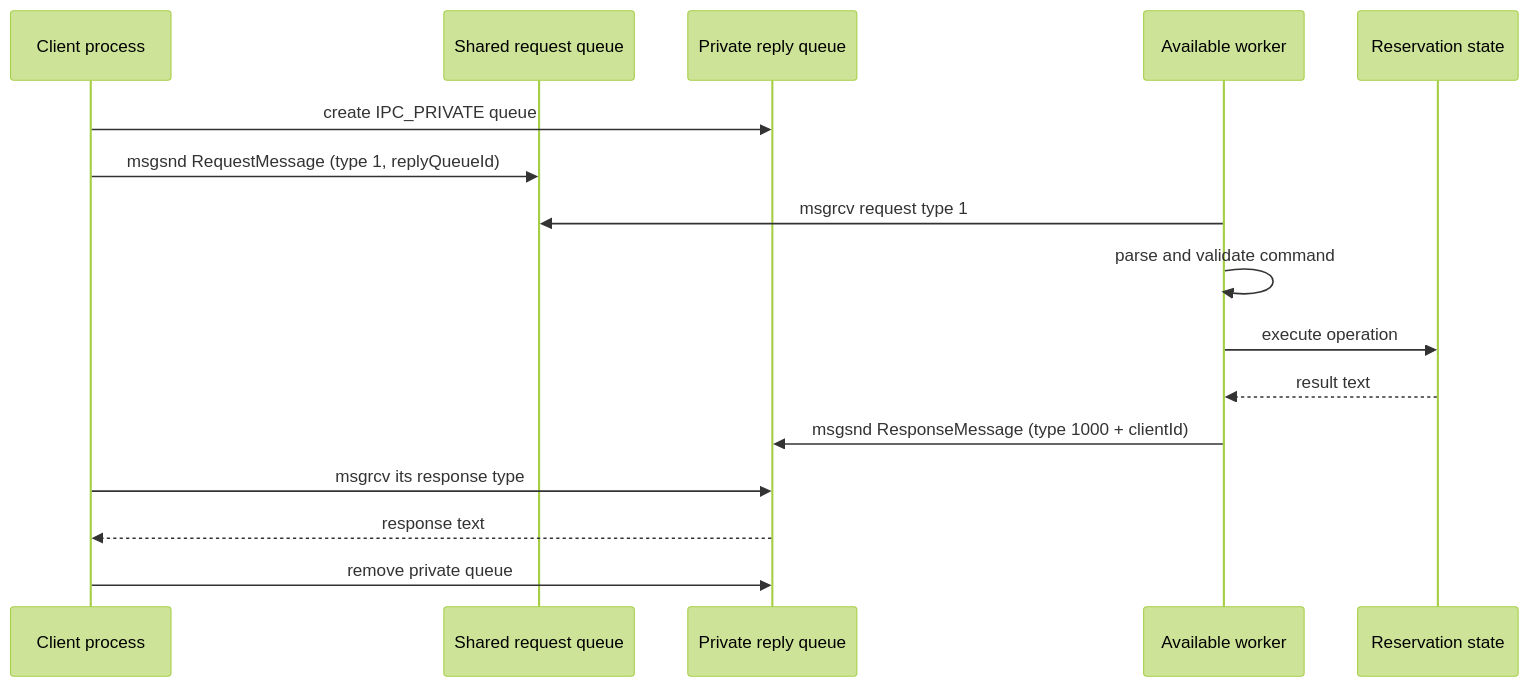
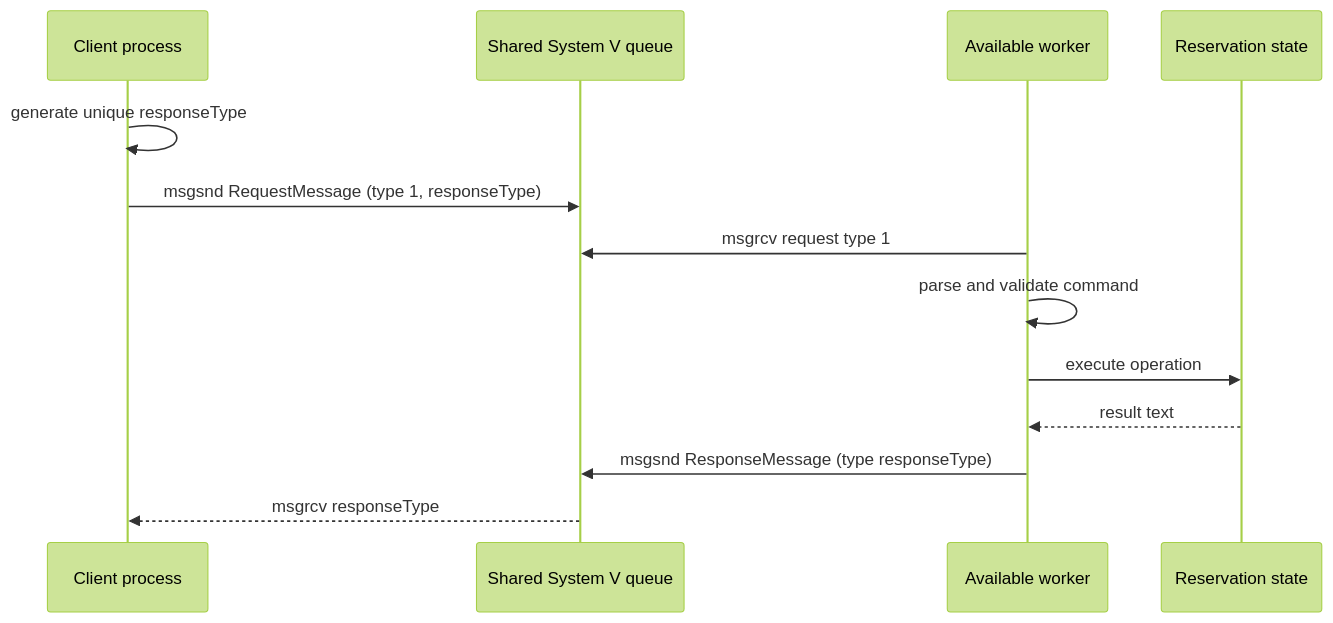
One commit to vixvify/airplane-booking changed the third of 5 diagrams in docs/architecture.md. Above: the diagram before and after it, drawn with Mermaid (forest theme). The commit also changed other lines of this file and 8 other files, not shown here.

Commit message:
Remove reply queue IPC flow

````diff
--- a/docs/architecture.md
+++ b/docs/architecture.md
@@ -84,19 +83,16 @@
 ```mermaid
 sequenceDiagram
     participant Client as Client process
-    participant Queue as Shared request queue
-    participant Reply as Private reply queue
+    participant Queue as Shared System V queue
     participant Worker as Available worker
     participant Domain as Reservation state
 
-    Client->>Reply: create IPC_PRIVATE queue
-    Client->>Queue: msgsnd RequestMessage (type 1, replyQueueId)
+    Client->>Client: generate unique responseType
+    Client->>Queue: msgsnd RequestMessage (type 1, responseType)
     Worker->>Queue: msgrcv request type 1
     Worker->>Worker: parse and validate command
     Worker->>Domain: execute operation
     Domain-->>Worker: result text
-    Worker->>Reply: msgsnd ResponseMessage (type 1000 + clientId)
-    Client->>Reply: msgrcv its response type
-    Reply-->>Client: response text
-    Client->>Reply: remove private queue
+    Worker->>Queue: msgsnd ResponseMessage (type responseType)
+    Queue-->>Client: msgrcv responseType
 ```
````
